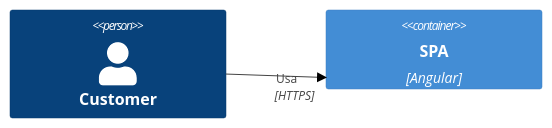
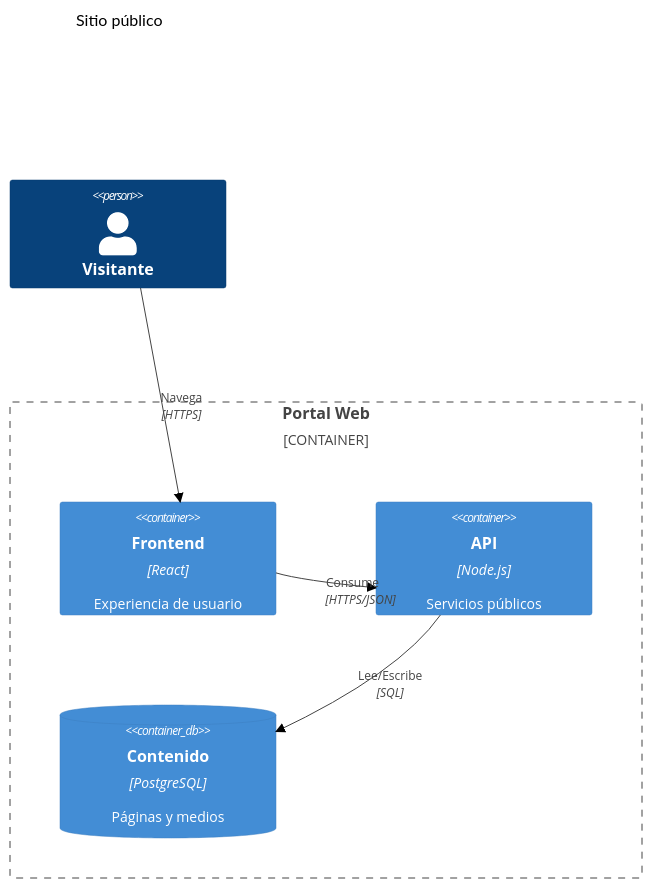
The first of 6 diagrams in knowledge/c4-container.md (sc4rfacex/straight), drawn with Mermaid (forest theme) before and after one commit. The commit also changed other lines of this file and 4 other files, not shown here.

````diff
--- a/knowledge/c4-container.md
+++ b/knowledge/c4-container.md
@@ -12,6 +21,13 @@
 ```mermaid
 C4Container
-    Person(customer, "Customer")
-    Container(spa, "SPA", "Angular")
-    Rel(customer, spa, "Usa", "HTTPS")
+    title Sitio público
+    Person(visitor, "Visitante")
+    Container_Boundary(site, "Portal Web") {
+        Container(spa, "Frontend", "React", "Experiencia de usuario")
+        Container(api, "API", "Node.js", "Servicios públicos")
+        ContainerDb(db, "Contenido", "PostgreSQL", "Páginas y medios")
+    }
+    Rel(visitor, spa, "Navega", "HTTPS")
+    Rel(spa, api, "Consume", "HTTPS/JSON")
+    Rel(api, db, "Lee/Escribe", "SQL")
 ```
````
